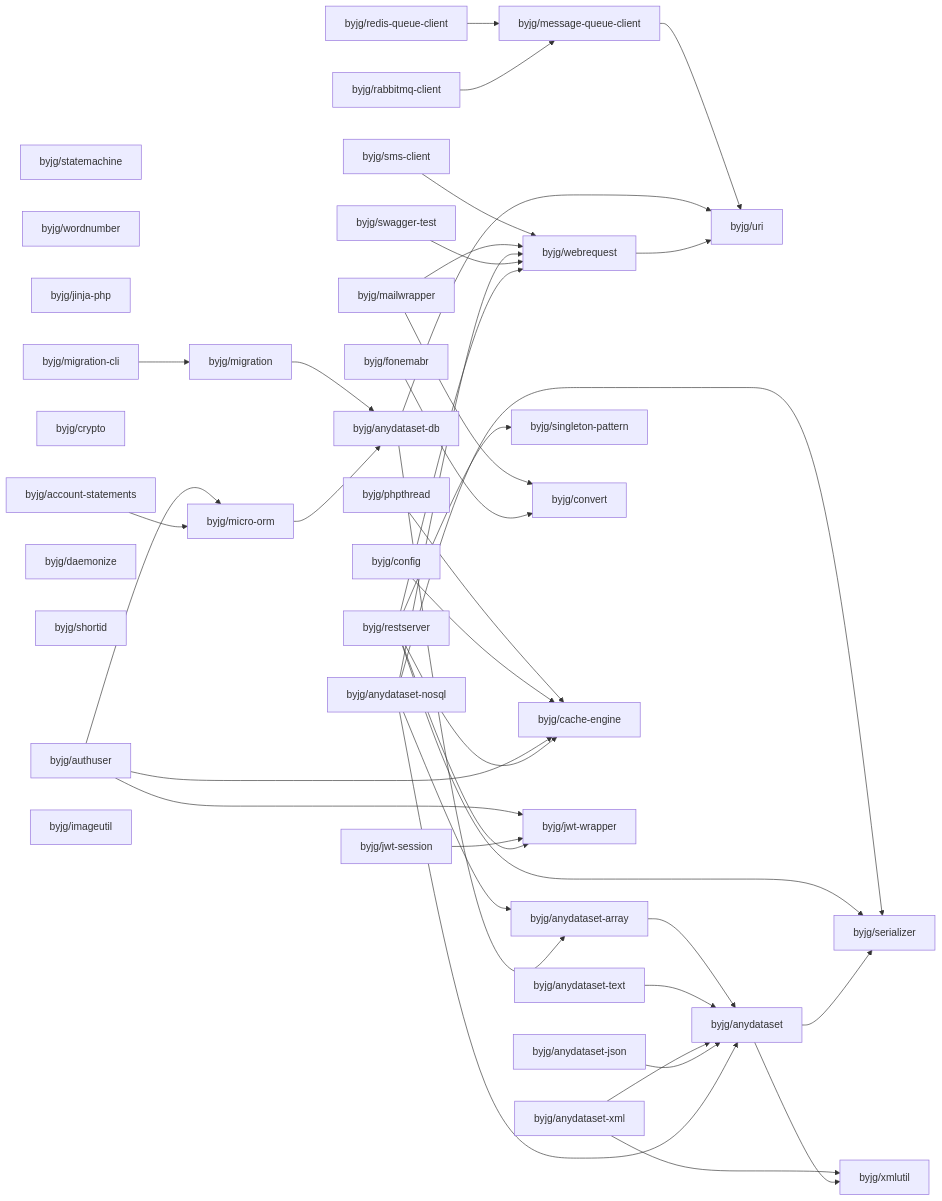
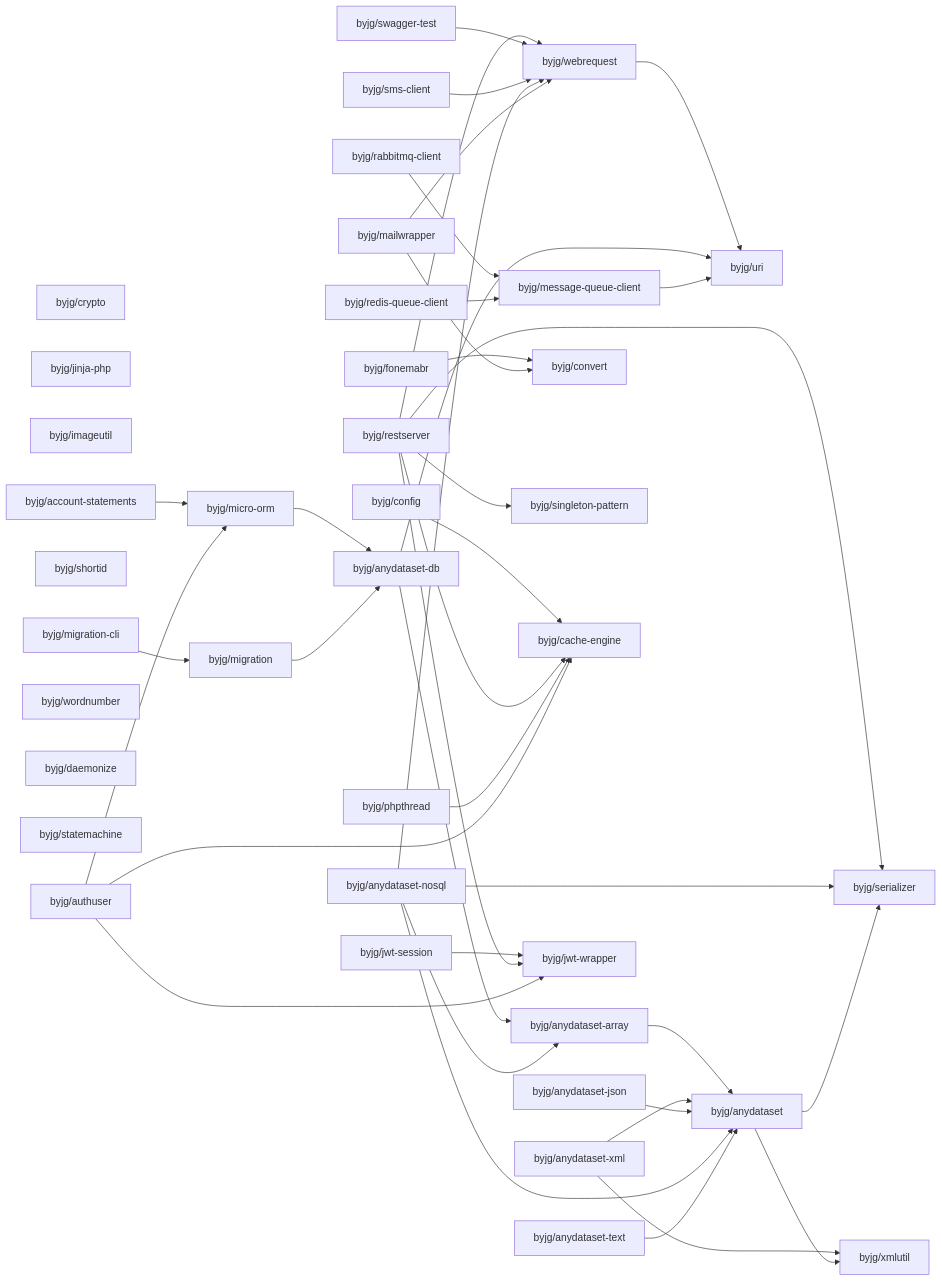
Before and after one commit to byjg/byjg.github.io: the diagram in docs/php/README.md, drawn with Mermaid. The commit also changed other lines of this file, not shown here.

Commit message:
Update documentation 'php' 'php-migration'

````diff
--- a/docs/php/README.md
+++ b/docs/php/README.md
@@ -3,78 +3,78 @@
 ```mermaid
 graph LR;
+  byjg/crypto;
+  byjg/jinja-php;
+  byjg/jwt-session;
+  byjg/mailwrapper;
+  byjg/imageutil;
   byjg/rabbitmq-client;
+  byjg/anydataset-json;
+  byjg/phpthread;
+  byjg/migration-cli;
+  byjg/redis-queue-client;
+  byjg/shortid;
+  byjg/authuser;
+  byjg/anydataset-nosql;
+  byjg/wordnumber;
+  byjg/swagger-test;
+  byjg/sms-client;
+  byjg/anydataset-xml;
+  byjg/anydataset-text;
+  byjg/daemonize;
+  byjg/fonemabr;
+  byjg/config;
   byjg/statemachine;
-  byjg/anydataset-json;
-  byjg/mailwrapper;
-  byjg/redis-queue-client;
-  byjg/anydataset-xml;
-  byjg/wordnumber;
   byjg/restserver;
-  byjg/anydataset-nosql;
-  byjg/anydataset-text;
-  byjg/sms-client;
-  byjg/jinja-php;
-  byjg/migration-cli;
-  byjg/fonemabr;
-  byjg/phpthread;
-  byjg/crypto;
   byjg/account-statements;
-  byjg/jwt-session;
-  byjg/daemonize;
-  byjg/shortid;
-  byjg/config;
-  byjg/authuser;
-  byjg/imageutil;
-  byjg/swagger-test;
+  byjg/migration;
   byjg/message-queue-client;
+  byjg/convert;
   byjg/singleton-pattern;
-  byjg/migration;
-  byjg/convert;
+  byjg/cache-engine;
+  byjg/webrequest;
+  byjg/jwt-wrapper;
   byjg/micro-orm;
-  byjg/cache-engine;
-  byjg/jwt-wrapper;
-  byjg/webrequest;
   byjg/anydataset-db;
   byjg/anydataset-array;
   byjg/uri;
   byjg/anydataset;
   byjg/serializer;
   byjg/xmlutil;
-  byjg/sms-client --> byjg/webrequest;
-  byjg/anydataset-array --> byjg/anydataset;
-  byjg/phpthread --> byjg/cache-engine;
-  byjg/anydataset-text --> byjg/anydataset;
-  byjg/mailwrapper --> byjg/convert;
-  byjg/mailwrapper --> byjg/webrequest;
-  byjg/migration-cli --> byjg/migration;
-  byjg/anydataset-xml --> byjg/anydataset;
-  byjg/anydataset-xml --> byjg/xmlutil;
-  byjg/redis-queue-client --> byjg/message-queue-client;
-  byjg/fonemabr --> byjg/convert;
-  byjg/message-queue-client --> byjg/uri;
   byjg/config --> byjg/cache-engine;
-  byjg/rabbitmq-client --> byjg/message-queue-client;
-  byjg/authuser --> byjg/micro-orm;
-  byjg/authuser --> byjg/cache-engine;
-  byjg/authuser --> byjg/jwt-wrapper;
   byjg/jwt-session --> byjg/jwt-wrapper;
-  byjg/anydataset-json --> byjg/anydataset;
-  byjg/anydataset-nosql --> byjg/anydataset;
-  byjg/anydataset-nosql --> byjg/anydataset-array;
-  byjg/anydataset-nosql --> byjg/serializer;
-  byjg/anydataset-nosql --> byjg/webrequest;
-  byjg/anydataset-db --> byjg/anydataset-array;
-  byjg/anydataset-db --> byjg/uri;
-  byjg/swagger-test --> byjg/webrequest;
   byjg/restserver --> byjg/serializer;
   byjg/restserver --> byjg/singleton-pattern;
   byjg/restserver --> byjg/cache-engine;
   byjg/restserver --> byjg/webrequest;
   byjg/restserver --> byjg/jwt-wrapper;
-  byjg/migration --> byjg/anydataset-db;
+  byjg/micro-orm --> byjg/anydataset-db;
+  byjg/swagger-test --> byjg/webrequest;
+  byjg/anydataset-array --> byjg/anydataset;
+  byjg/sms-client --> byjg/webrequest;
+  byjg/anydataset-xml --> byjg/anydataset;
+  byjg/anydataset-xml --> byjg/xmlutil;
+  byjg/account-statements --> byjg/micro-orm;
+  byjg/migration-cli --> byjg/migration;
+  byjg/webrequest --> byjg/uri;
+  byjg/anydataset-json --> byjg/anydataset;
+  byjg/anydataset-db --> byjg/anydataset-array;
+  byjg/anydataset-db --> byjg/uri;
+  byjg/phpthread --> byjg/cache-engine;
+  byjg/fonemabr --> byjg/convert;
+  byjg/anydataset-nosql --> byjg/anydataset;
+  byjg/anydataset-nosql --> byjg/anydataset-array;
+  byjg/anydataset-nosql --> byjg/serializer;
+  byjg/anydataset-nosql --> byjg/webrequest;
   byjg/anydataset --> byjg/serializer;
   byjg/anydataset --> byjg/xmlutil;
-  byjg/micro-orm --> byjg/anydataset-db;
-  byjg/webrequest --> byjg/uri;
-  byjg/account-statements --> byjg/micro-orm;
+  byjg/message-queue-client --> byjg/uri;
+  byjg/rabbitmq-client --> byjg/message-queue-client;
+  byjg/mailwrapper --> byjg/convert;
+  byjg/mailwrapper --> byjg/webrequest;
+  byjg/migration --> byjg/anydataset-db;
+  byjg/anydataset-text --> byjg/anydataset;
+  byjg/authuser --> byjg/micro-orm;
+  byjg/authuser --> byjg/cache-engine;
+  byjg/authuser --> byjg/jwt-wrapper;
+  byjg/redis-queue-client --> byjg/message-queue-client;
 ```
````
